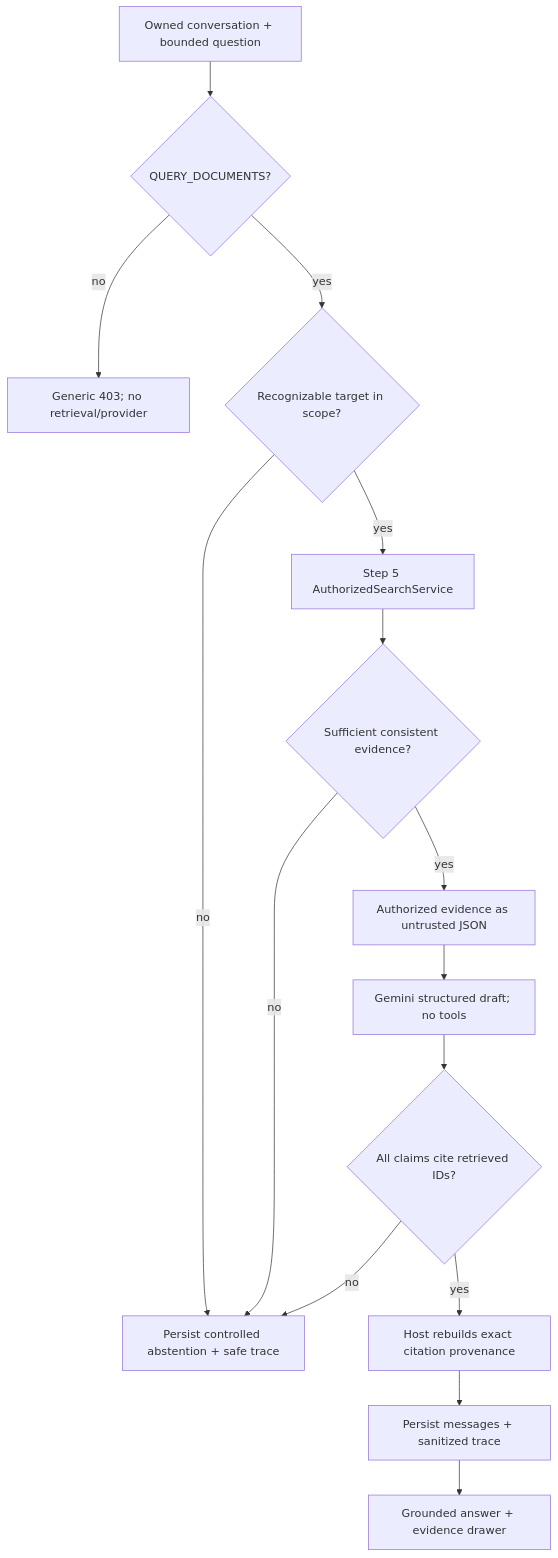
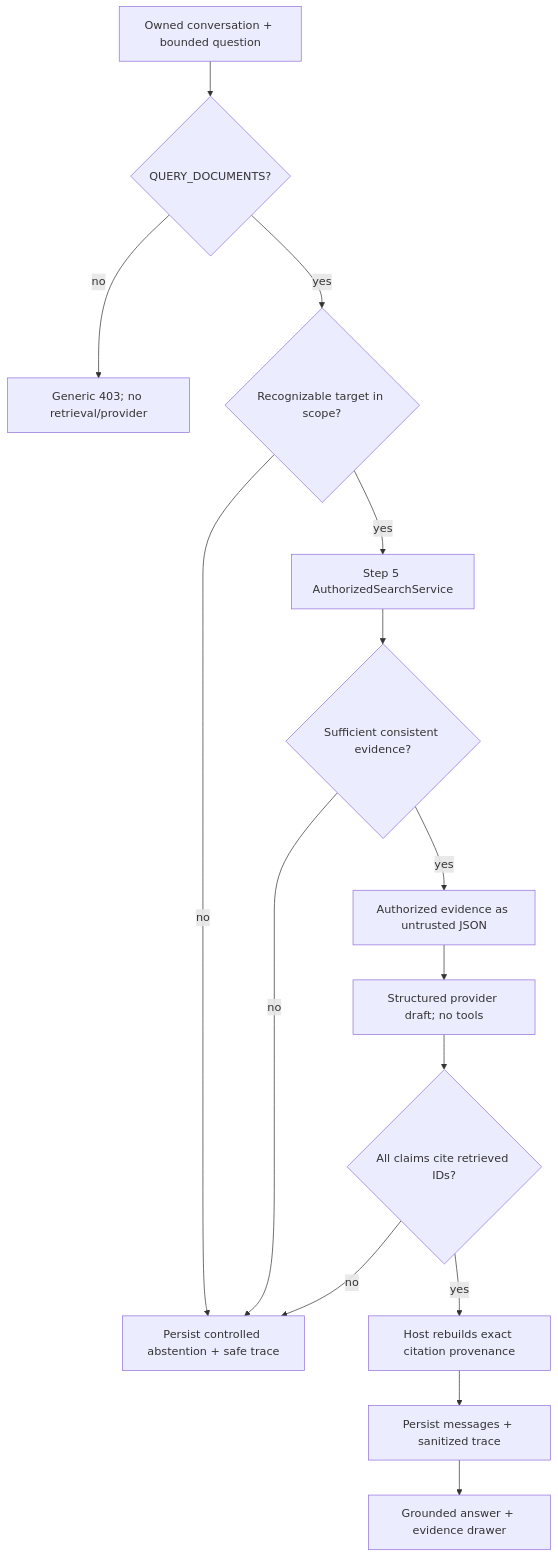
One commit to sagar431/secure-portfolio-copilot changed the fifth of 5 diagrams in docs/architecture.md. Above: the diagram before and after it, drawn with Mermaid. The commit also changed other lines of this file and 37 other files, not shown here.

````diff
--- a/docs/architecture.md
+++ b/docs/architecture.md
@@ -340,17 +340,17 @@
 ```mermaid
 flowchart TD
     Question[Owned conversation + bounded question] --> Capability{QUERY_DOCUMENTS?}
     Capability -->|no| Deny[Generic 403; no retrieval/provider]
     Capability -->|yes| Preflight{Recognizable target in scope?}
     Preflight -->|no| Abstain[Persist controlled abstention + safe trace]
     Preflight -->|yes| Retrieval[Step 5 AuthorizedSearchService]
     Retrieval --> Evidence{Sufficient consistent evidence?}
     Evidence -->|no| Abstain
     Evidence -->|yes| JSON[Authorized evidence as untrusted JSON]
-    JSON --> Gemini[Gemini structured draft; no tools]
-    Gemini --> Validate{All claims cite retrieved IDs?}
+    JSON --> Provider[Structured provider draft; no tools]
+    Provider --> Validate{All claims cite retrieved IDs?}
     Validate -->|no| Abstain
     Validate -->|yes| Rebuild[Host rebuilds exact citation provenance]
     Rebuild --> Persist[Persist messages + sanitized trace]
     Persist --> UI[Grounded answer + evidence drawer]
 ```
````
